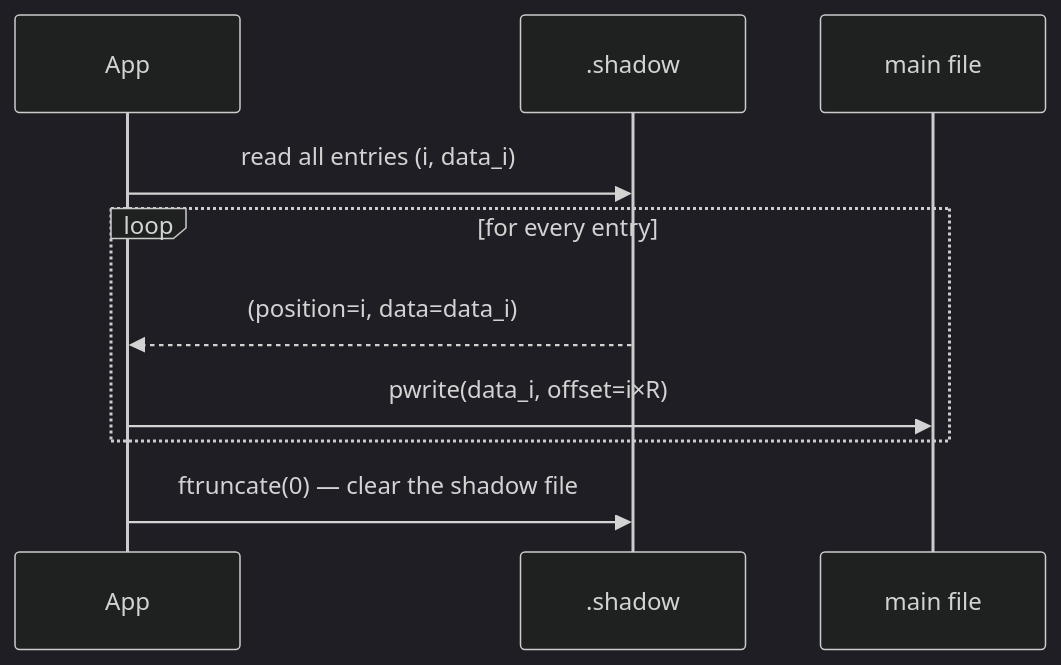
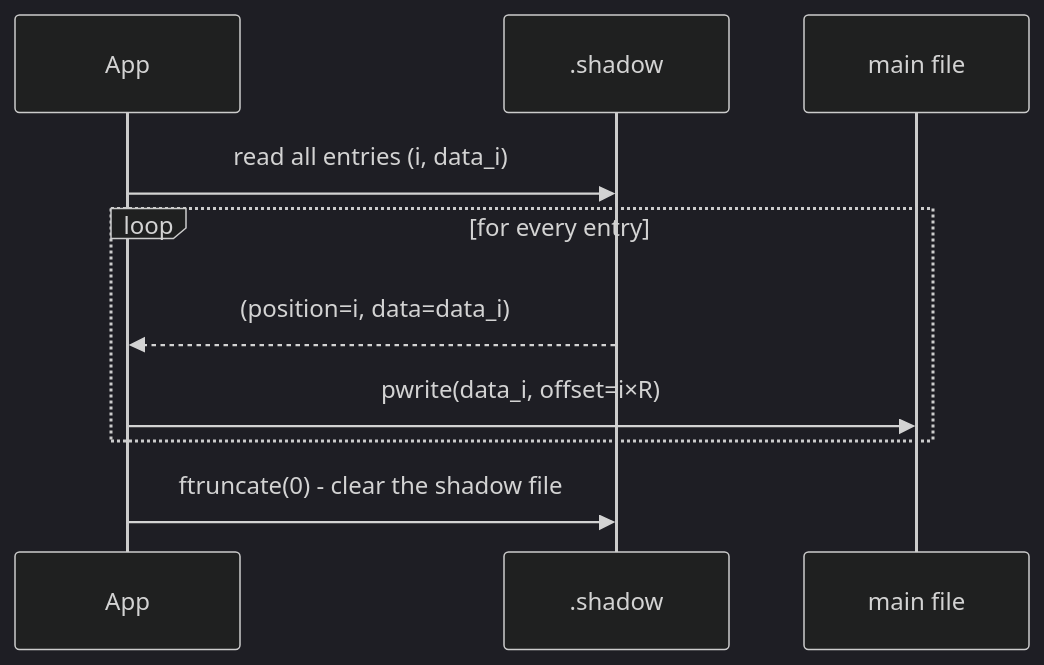
The sixth of 9 diagrams in data-processing-system-architecture/data-storage-format/files.md (michalwidera/documentation-rdb), drawn with Mermaid (dark theme) before and after one commit. The commit also changed other lines of this file and 70 other files, not shown here.

````diff
--- a/data-processing-system-architecture/data-storage-format/files.md
+++ b/data-processing-system-architecture/data-storage-format/files.md
@@ -535,13 +535,13 @@
 ```mermaid
 sequenceDiagram
     participant App
     participant Shadow as .shadow
     participant Main as main file
 
     App->>Shadow: read all entries (i, data_i)
     loop for every entry
         Shadow-->>App: (position=i, data=data_i)
         App->>Main: pwrite(data_i, offset=i×R)
     end
-    App->>Shadow: ftruncate(0) — clear the shadow file
+    App->>Shadow: ftruncate(0) - clear the shadow file
 ```
````
